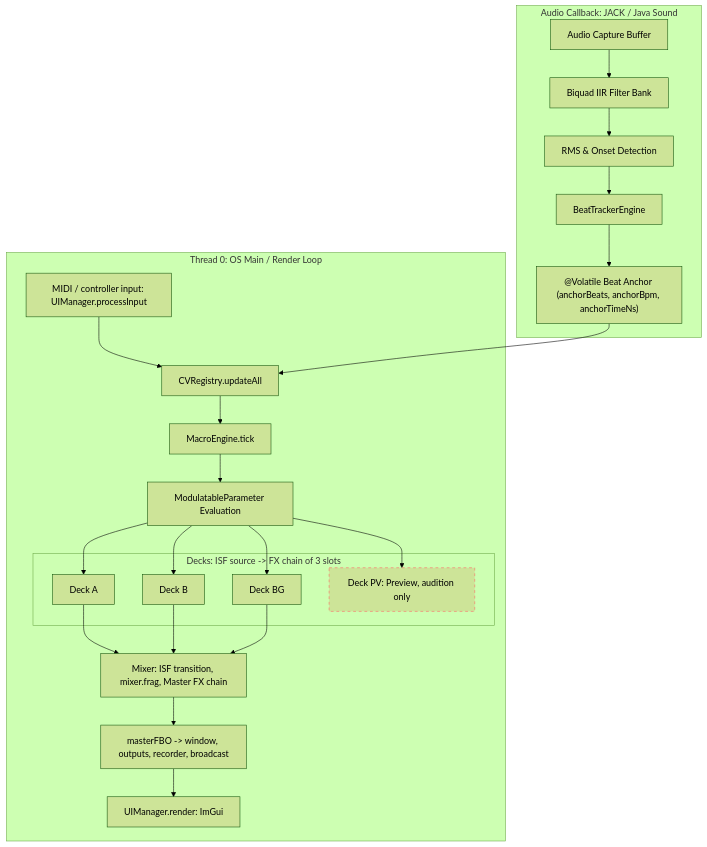
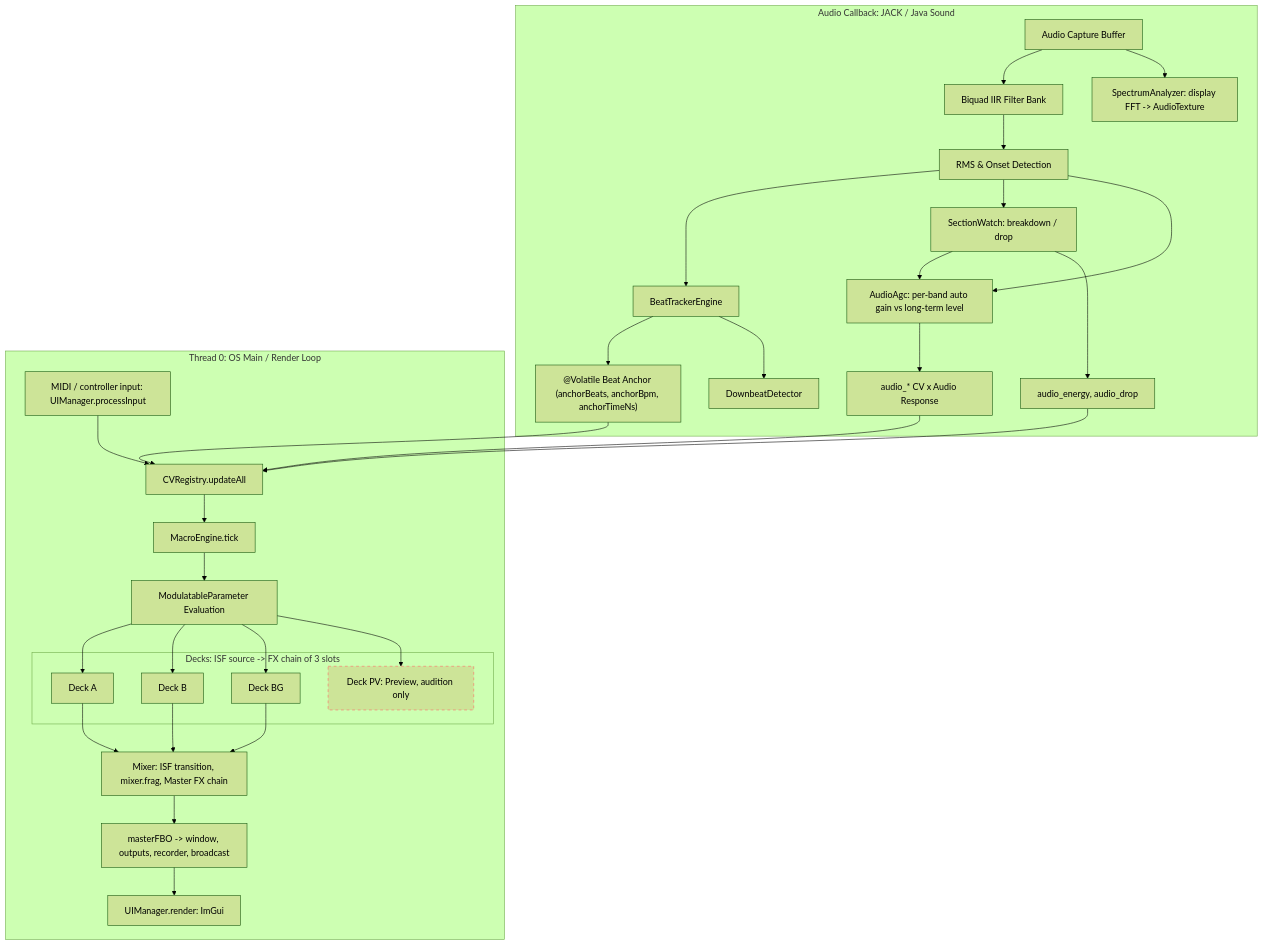
One commit to greenjon/liquid-lsd changed the diagram in docs/developer/architecture.md. Above: the diagram before and after it, drawn with Mermaid (forest theme). The commit also changed other lines of this file and 15 other files, not shown here.

First line of the commit message:
docs: bring ARCHITECTURE, DECISIONS and developer docs up to 2026-10-29

````diff
--- a/docs/developer/architecture.md
+++ b/docs/developer/architecture.md
@@ -11,36 +11,45 @@
 ```mermaid
 graph TD
     subgraph Audio_Thread [Audio Callback: JACK / Java Sound]
         AudioIn[Audio Capture Buffer] --> Biquad[Biquad IIR Filter Bank]
         Biquad --> RMS[RMS & Onset Detection]
         RMS --> Tracker[BeatTrackerEngine]
         Tracker --> Anchor["@Volatile Beat Anchor (anchorBeats, anchorBpm, anchorTimeNs)"]
+        RMS --> Section["SectionWatch: breakdown / drop"]
+        Section --> AGC["AudioAgc: per-band auto gain vs long-term level"]
+        RMS --> AGC
+        AGC --> AudioCV["audio_* CV x Audio Response"]
+        Section --> SectionCV["audio_energy, audio_drop"]
+        Tracker --> Downbeat[DownbeatDetector]
+        AudioIn --> Spectrum["SpectrumAnalyzer: display FFT -> AudioTexture"]
     end
 
     subgraph Thread_0 [Thread 0: OS Main / Render Loop]
         Input[MIDI / controller input: UIManager.processInput] --> CVReg
         Anchor --> CVReg[CVRegistry.updateAll]
+        AudioCV --> CVReg
+        SectionCV --> CVReg
         CVReg --> Macro[MacroEngine.tick]
         Macro --> ModEval[ModulatableParameter Evaluation]
 
         subgraph Decks [Decks: ISF source -> FX chain of 3 slots]
             DeckA[Deck A]
             DeckB[Deck B]
             DeckBG[Deck BG]
             DeckPV[Deck PV: Preview, audition only]
         end
 
         ModEval --> DeckA
         ModEval --> DeckB
         ModEval --> DeckBG
         ModEval --> DeckPV
 
         DeckA --> Mixer["Mixer: ISF transition, mixer.frag, Master FX chain"]
         DeckB --> Mixer
         DeckBG --> Mixer
         Mixer --> Screen[masterFBO -> window, outputs, recorder, broadcast]
         Screen --> UI[UIManager.render: ImGui]
     end
 
     style DeckPV stroke:#f66,stroke-dasharray: 5 5
 ```
````
